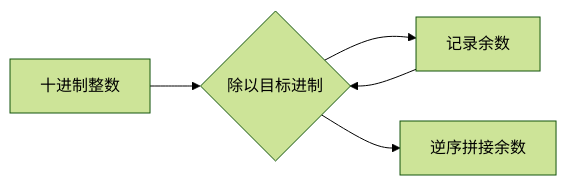
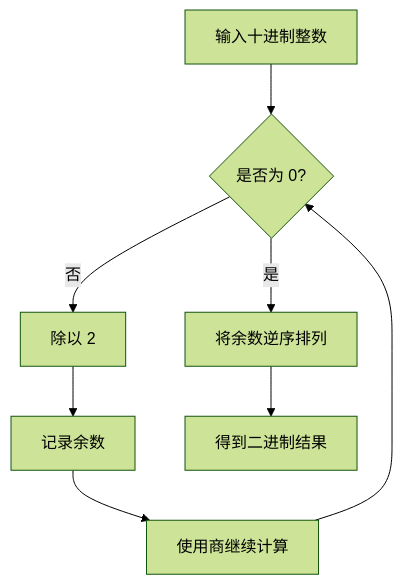
One commit to shanchuann/TheGitbookLibrary changed the fourth of 4 diagrams in C语言圣经/c-language-basics.md. Above: the diagram before and after it, drawn with Mermaid (forest theme). The commit also changed other lines of this file and 8 other files, not shown here.

````diff
--- a/C语言圣经/c-language-basics.md
+++ b/C语言圣经/c-language-basics.md
@@ -94,7 +260,10 @@
-   ```mermaid
-   flowchart LR
-       A[十进制整数] --> B{除以目标进制}
-       B --> C[记录余数]
-       C --> B
-       B --> D[逆序拼接余数]
-   ```
+```mermaid
+flowchart TD
+    A["输入十进制整数"] --> B{"是否为 0?"}
+    B -- "否" --> C["除以 2"]
+    C --> D["记录余数"]
+    D --> E["使用商继续计算"]
+    E --> B
+    B -- "是" --> F["将余数逆序排列"]
+    F --> G["得到二进制结果"]
+```
````
